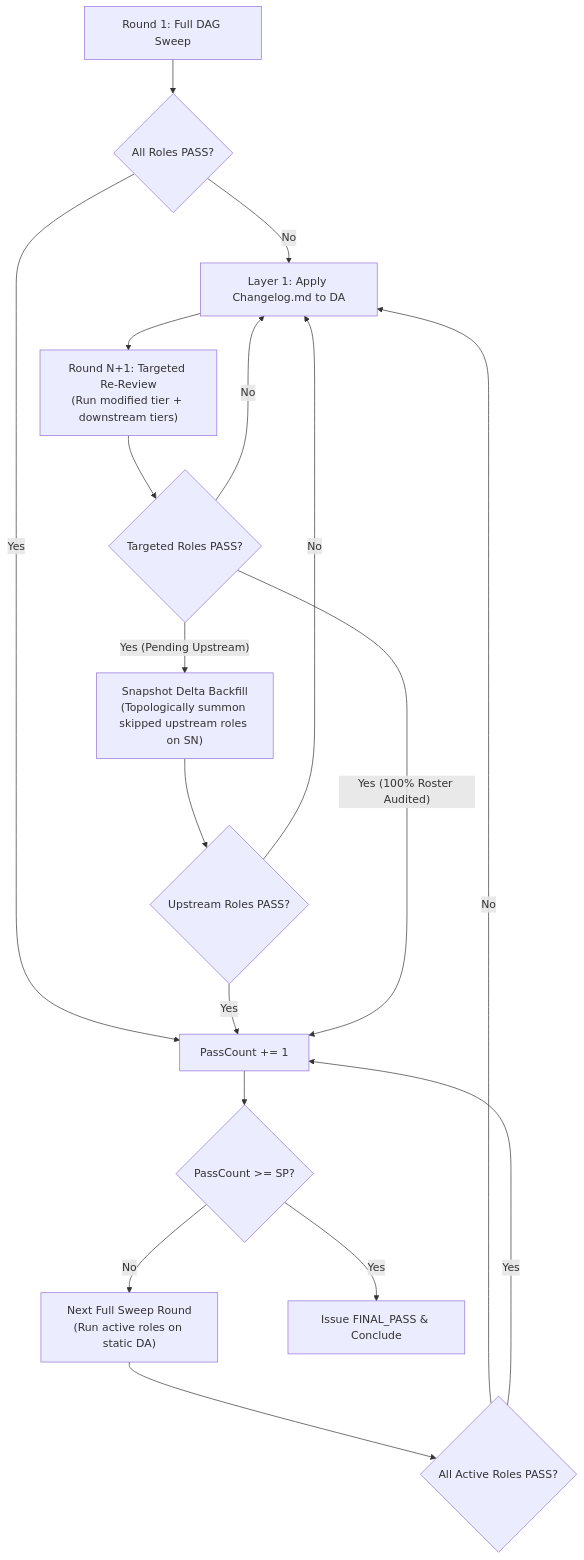
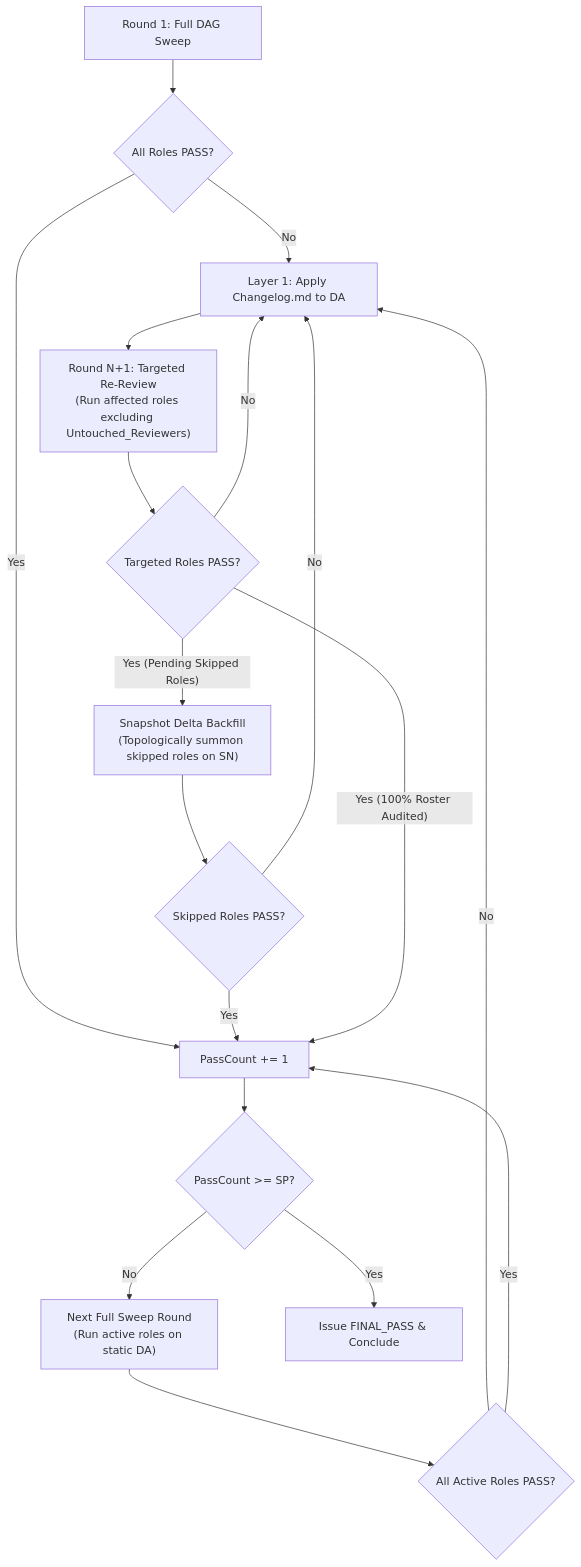
One commit to loerei/YumeShelf changed the diagram in .agents/skills/conduct-deep-reviewing-loop/SKILL.md. Above: the diagram before and after it, drawn with Mermaid. The commit also changed other lines of this file and 5 other files, not shown here.

````diff
--- a/.agents/skills/conduct-deep-reviewing-loop/SKILL.md
+++ b/.agents/skills/conduct-deep-reviewing-loop/SKILL.md
@@ -20,21 +20,21 @@
 ```mermaid
 flowchart TD
     Start["Round 1: Full DAG Sweep"] --> Eval{"All Roles PASS?"}
     Eval -->|"No"| Apply["Layer 1: Apply Changelog.md to DA"]
     Eval -->|"Yes"| Accumulate["PassCount += 1"]
-    Apply --> TargetRun["Round N+1: Targeted Re-Review<br/>(Run modified tier + downstream tiers)"]
+    Apply --> TargetRun["Round N+1: Targeted Re-Review<br/>(Run affected roles excluding Untouched_Reviewers)"]
     CheckTarget{"Targeted Roles PASS?"}
     TargetRun --> CheckTarget
     CheckTarget -->|"No"| Apply
-    CheckTarget -->|"Yes (Pending Upstream)"| Backfill["Snapshot Delta Backfill<br/>(Topologically summon skipped upstream roles on SN)"]
-    Backfill --> BackfillCheck{"Upstream Roles PASS?"}
+    CheckTarget -->|"Yes (Pending Skipped Roles)"| Backfill["Snapshot Delta Backfill<br/>(Topologically summon skipped roles on SN)"]
+    Backfill --> BackfillCheck{"Skipped Roles PASS?"}
     BackfillCheck -->|"No"| Apply
     BackfillCheck -->|"Yes"| Accumulate
     CheckTarget -->|"Yes (100% Roster Audited)"| Accumulate
     Accumulate --> SPCheck{"PassCount >= SP?"}
     SPCheck -->|"No"| FullSweep["Next Full Sweep Round<br/>(Run active roles on static DA)"]
     FullSweep --> SweepCheck{"All Active Roles PASS?"}
     SweepCheck -->|"No"| Apply
     SweepCheck -->|"Yes"| Accumulate
     SPCheck -->|"Yes"| FinalPass["Issue FINAL_PASS & Conclude"]
 ```
````
